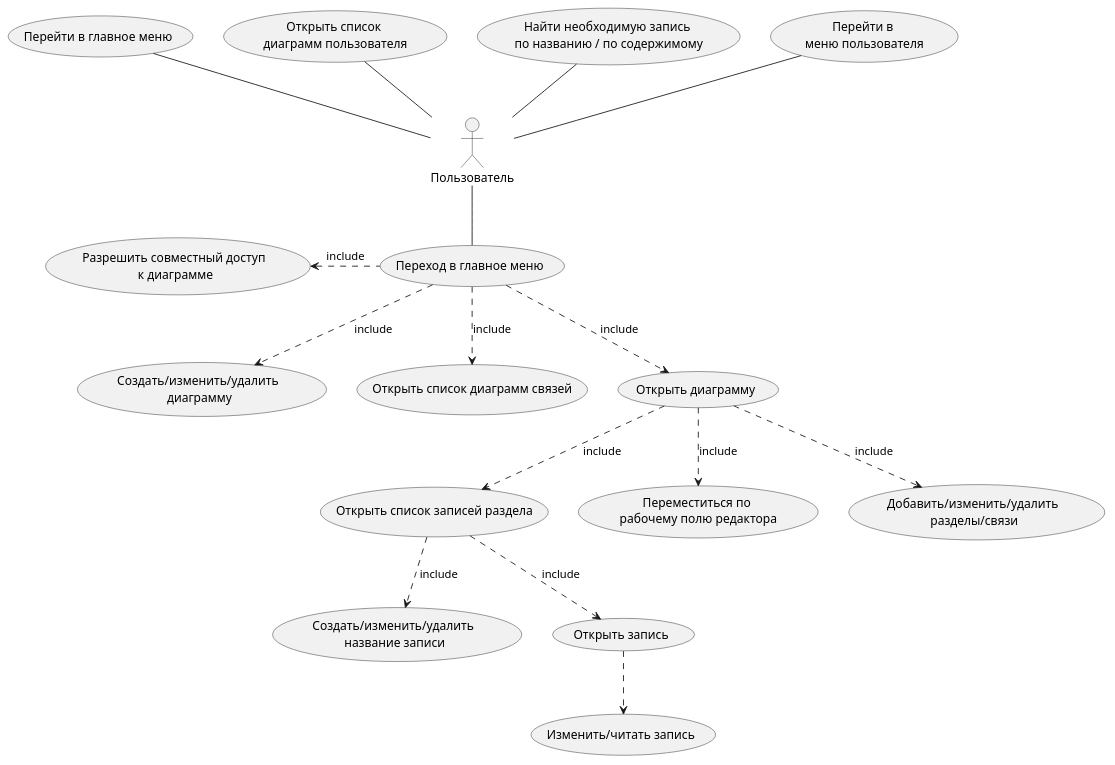
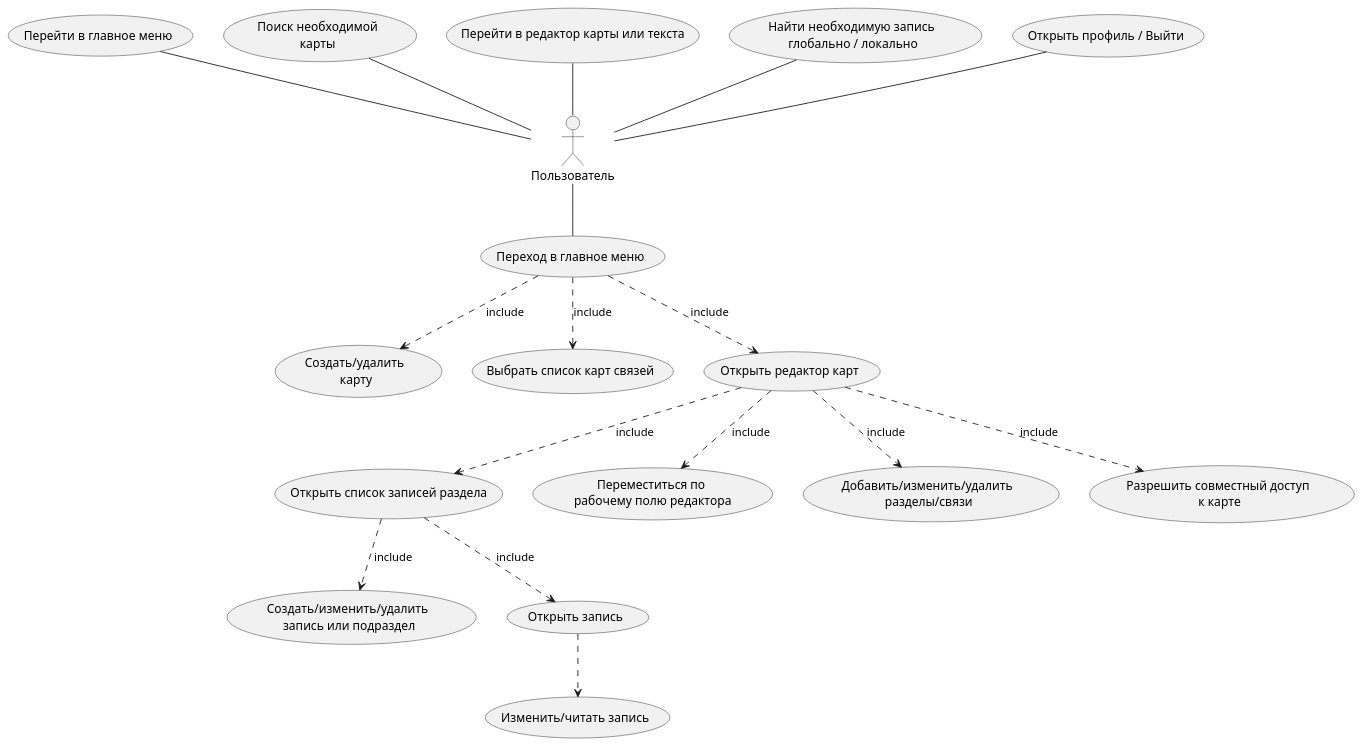
Before and after one commit to Stiivenson/project-exodus: the diagram in uml/Use Case diagram - User.wsd, drawn with PlantUML. The commit also changed 37 other files, not shown here.

```diff
--- a/uml/Use Case diagram - User.wsd
+++ b/uml/Use Case diagram - User.wsd
@@ -1,84 +1,87 @@
 @startuml Use Case
 
 ' (Аутентификация/регистрация \nв приложении) as (LoginForm)
 ' usecase UserData as "
 ' Данные пользователя
 ' --
 ' R,С,E,D"
 
 ' (Получение списка карт) as (UserMaps)
 ' usecase UserMap as "
 ' Карта
 ' --
 ' R,С,E,D"
 
 ' (Чтение карты) as (MapEditor)
 ' usecase MapNodes as "
 ' Узлы
 ' --
 ' R,С,E,D"
 ' usecase MapEdges as "
 ' Связи
 ' --
 ' R,С,E,D"
 
 ' (Получение списка статей узла) as (DocTree)
 ' usecase TreeDoc as "
 ' Статья
 ' --
 ' R,С,E,D"
 ' usecase TreeFolder as "
 ' Папка
 ' --
 ' R,С,E,D"
 
 ' (Работа со статьей) as (Document)
 ' usecase DocumentData as "
 ' Данные статьи
 ' --
 ' R,С,E,D"
 
 actor Пользователь
 
-        Пользователь -up- (Перейти в \nменю пользователя)
-        Пользователь -up- (Найти необходимую запись \nпо названию / по содержимому)
-        Пользователь -up- (Открыть список \nдиаграмм пользователя)
+        Пользователь -up- (Открыть профиль / Выйти)
+        Пользователь -up- (Найти необходимую запись \nглобально / локально)
+        Пользователь -up- (Перейти в редактор карты или текста)
+        Пользователь -up- (Поиск необходимой\nкарты)
         Пользователь -up- (Перейти в главное меню)
 
         Пользователь -- (Переход в главное меню)
-        (Переход в главное меню) .left-> (Разрешить совместный доступ \nк диаграмме) : include
-        (Переход в главное меню) .-> (Создать/изменить/удалить \nдиаграмму) : include
-        (Переход в главное меню) .-> (Открыть список диаграмм связей) : include
-        (Переход в главное меню) .-> (Открыть диаграмму) : include
         
-        (Открыть диаграмму) .down-> (Открыть список записей раздела) : include   
-        (Открыть диаграмму) .down-> (Переместиться по \nрабочему полю редактора) : include 
-        (Открыть диаграмму) .down-> (Добавить/изменить/удалить \nразделы/связи) : include             
-        (Открыть список записей раздела) .down-> (Создать/изменить/удалить \nназвание записи) : include
+        (Переход в главное меню) .-> (Создать/удалить \nкарту) : include
+        (Переход в главное меню) .-> (Выбрать список карт связей) : include
+        (Переход в главное меню) .-> (Открыть редактор карт) : include
+        
+        (Открыть редактор карт) .down-> (Открыть список записей раздела) : include   
+        (Открыть редактор карт) .down-> (Переместиться по \nрабочему полю редактора) : include 
+        (Открыть редактор карт) .down-> (Добавить/изменить/удалить \nразделы/связи) : include  
+        (Открыть редактор карт) .down-> (Разрешить совместный доступ \nк карте) : include
+
+        (Открыть список записей раздела) .down-> (Создать/изменить/удалить \nзапись или подраздел) : include
         (Открыть список записей раздела) .down-> (Открыть запись) : include
 
         (Открыть запись) .-> (Изменить/читать запись)
 
     
 
 
 ' left to right direction
 '     User --> (LoginForm)
 '     (LoginForm) .-> (UserData)
     
 '     User --> (UserMaps)
 '     (UserMaps) .-> UserMap
 
 '     ' UserMap <-- User2
 
 '     User --> (MapEditor)
 '     (MapEditor) .-> MapNodes
 '     (MapEditor) .-> MapEdges
 
 '     User --> (DocTree)
 '     (DocTree) .-> TreeDoc
 '     (DocTree) .-> TreeFolder
 
 '     User --> (Document)
 '     (Document) .-> DocumentData
 @enduml
```
